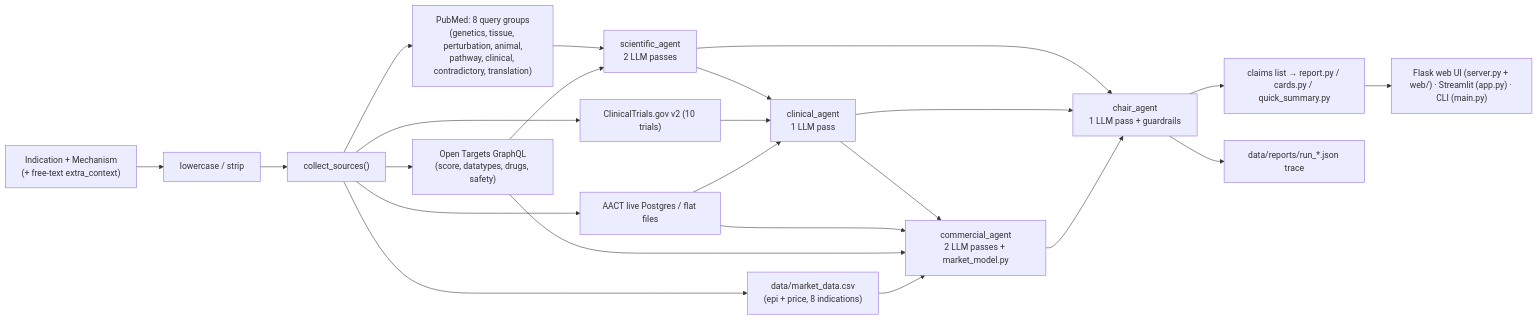
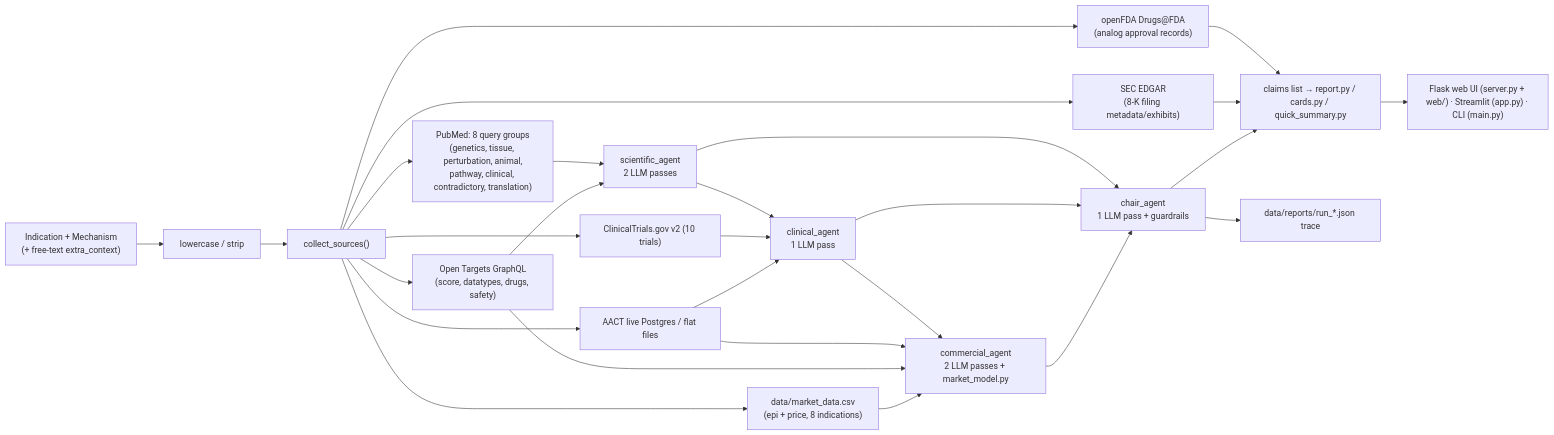
Before and after one commit to LizzieZador/ai-meetups-hackaton-unobio-track: the diagram in plan/analysis_and_plan.md, drawn with Mermaid. The commit also changed other lines of this file and 11 other files, not shown here.

````diff
--- a/plan/analysis_and_plan.md
+++ b/plan/analysis_and_plan.md
@@ -11,19 +26,22 @@
 ```mermaid
 flowchart LR
   IN["Indication + Mechanism<br/>(+ free-text extra_context)"] --> N["lowercase / strip"]
   N --> CS["collect_sources()"]
   CS --> PM["PubMed: 8 query groups<br/>(genetics, tissue, perturbation, animal,<br/>pathway, clinical, contradictory, translation)"]
   CS --> OT["Open Targets GraphQL<br/>(score, datatypes, drugs, safety)"]
   CS --> CT["ClinicalTrials.gov v2 (10 trials)"]
   CS --> AA["AACT live Postgres / flat files"]
   CS --> CM["data/market_data.csv<br/>(epi + price, 8 indications)"]
+  CS --> FDA["openFDA Drugs@FDA<br/>(analog approval records)"]
+  CS --> SEC["SEC EDGAR<br/>(8-K filing metadata/exhibits)"]
   PM & OT --> SA["scientific_agent<br/>2 LLM passes"]
   SA --> CA["clinical_agent<br/>1 LLM pass"]
   CT & AA --> CA
   CA --> MA["commercial_agent<br/>2 LLM passes + market_model.py"]
   AA & OT & CM --> MA
+  FDA & SEC --> OUT
   SA & CA & MA --> CH["chair_agent<br/>1 LLM pass + guardrails"]
   CH --> OUT["claims list → report.py / cards.py / quick_summary.py"]
   OUT --> UI["Flask web UI (server.py + web/) · Streamlit (app.py) · CLI (main.py)"]
   CH --> TR["data/reports/run_*.json trace"]
 ```
````
